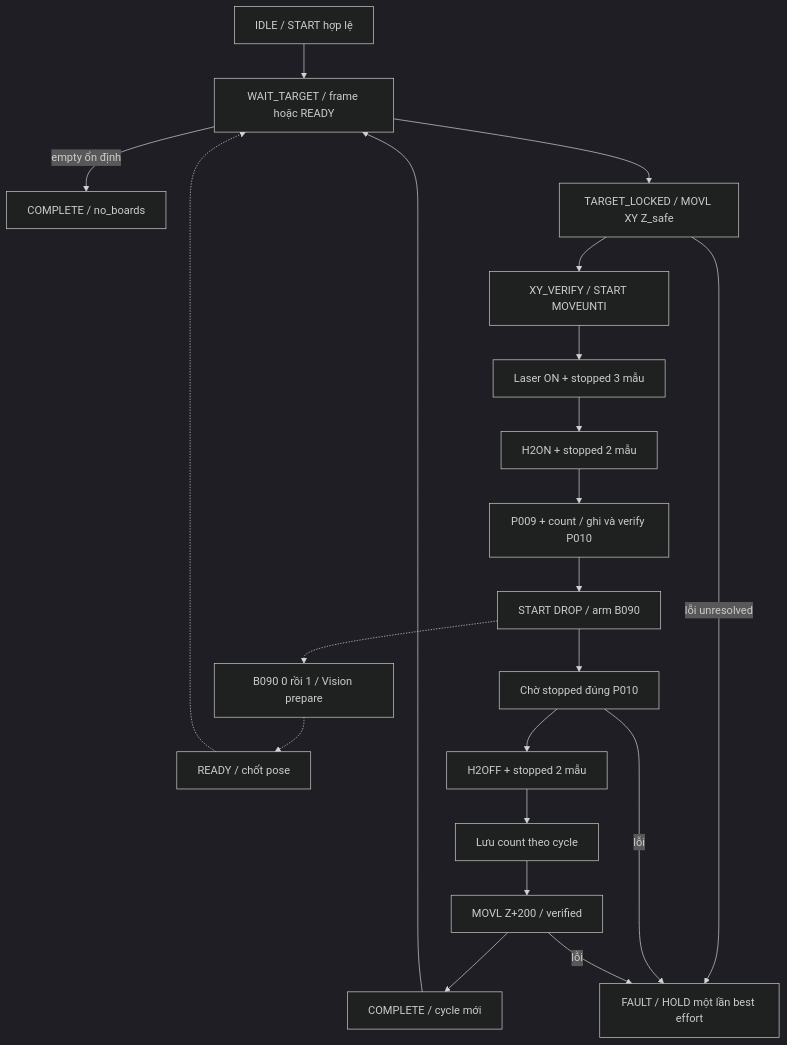
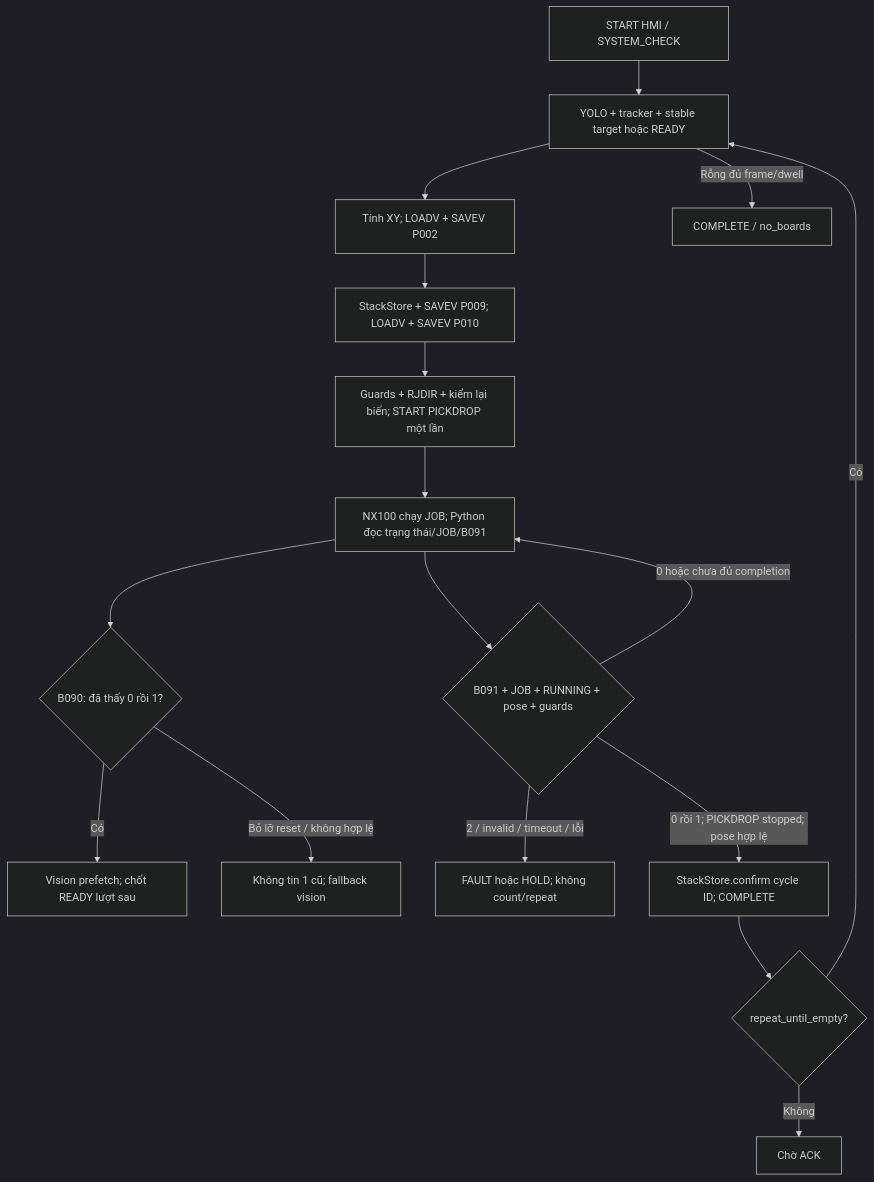
The diagram in SYSTEM_TECHNICAL_DOCUMENTATION.md (ducanho/vision_drop_v2), drawn with Mermaid (dark theme) before and after one commit. The commit also changed other lines of this file and 41 other files, not shown here.

Commit message:
Update PICKDROP workflow, HMI and NX100 speed control

````diff
--- a/SYSTEM_TECHNICAL_DOCUMENTATION.md
+++ b/SYSTEM_TECHNICAL_DOCUMENTATION.md
@@ -200,23 +37,19 @@
-```mermaid
+~~~mermaid
 flowchart TD
-    A[IDLE / START hợp lệ] --> B[WAIT_TARGET / frame hoặc READY]
-    B -->|empty ổn định| End[COMPLETE / no_boards]
-    B --> C[TARGET_LOCKED / MOVL XY Z_safe]
-    C --> D[XY_VERIFY / START MOVEUNTI]
-    D --> E[Laser ON + stopped 3 mẫu]
-    E --> F[H2ON + stopped 2 mẫu]
-    F --> G[P009 + count / ghi và verify P010]
-    G --> H[START DROP / arm B090]
-    H --> I[Chờ stopped đúng P010]
-    H -.-> P[B090 0 rồi 1 / Vision prepare]
-    P -.-> Q[READY / chốt pose]
-    I --> J[H2OFF + stopped 2 mẫu]
-    J --> K[Lưu count theo cycle]
-    K --> L[MOVL Z+200 / verified]
-    L --> M[COMPLETE / cycle mới]
-    M --> B
-    Q -.-> B
-    C -->|lỗi unresolved| X[FAULT / HOLD một lần best effort]
-    I -->|lỗi| X
-    L -->|lỗi| X
-```
+    A["START HMI / SYSTEM_CHECK"] --> B["YOLO + tracker + stable target hoặc READY"]
+    B --> C["Tính XY; LOADV + SAVEV P002"]
+    C --> D["StackStore + SAVEV P009; LOADV + SAVEV P010"]
+    D --> E["Guards + RJDIR + kiểm lại biến; START PICKDROP một lần"]
+    E --> F["NX100 chạy JOB; Python đọc trạng thái/JOB/B091"]
+    F --> G{"B090: đã thấy 0 rồi 1?"}
+    G -->|Có| P["Vision prefetch; chốt READY lượt sau"]
+    G -->|"Bỏ lỡ reset / không hợp lệ"| Q["Không tin 1 cũ; fallback vision"]
+    F --> H{"B091 + JOB + RUNNING + pose + guards"}
+    H -->|"2 / invalid / timeout / lỗi"| X["FAULT hoặc HOLD; không count/repeat"]
+    H -->|"0 hoặc chưa đủ completion"| F
+    H -->|"0 rồi 1; PICKDROP stopped; pose hợp lệ"| I["StackStore.confirm cycle ID; COMPLETE"]
+    I --> J{"repeat_until_empty?"}
+    J -->|Có| B
+    J -->|Không| K["Chờ ACK"]
+    B -->|"Rỗng đủ frame/dwell"| L["COMPLETE / no_boards"]
+~~~
````
